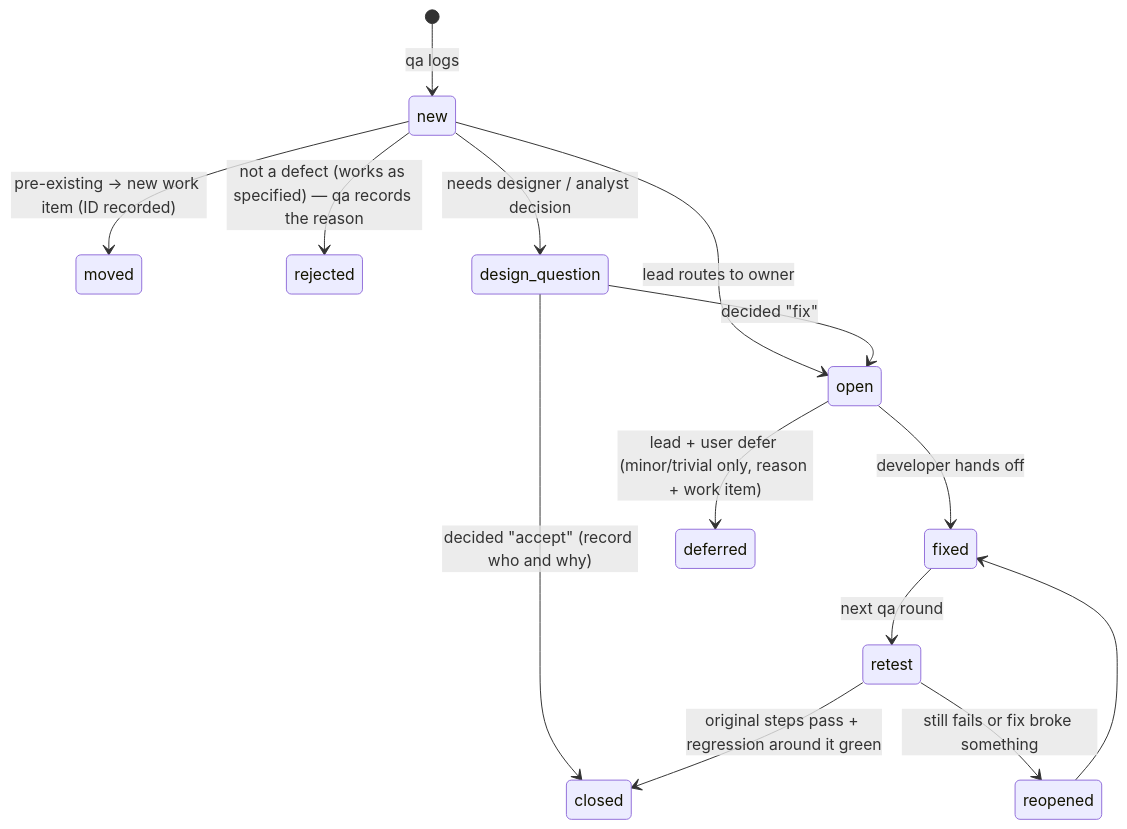
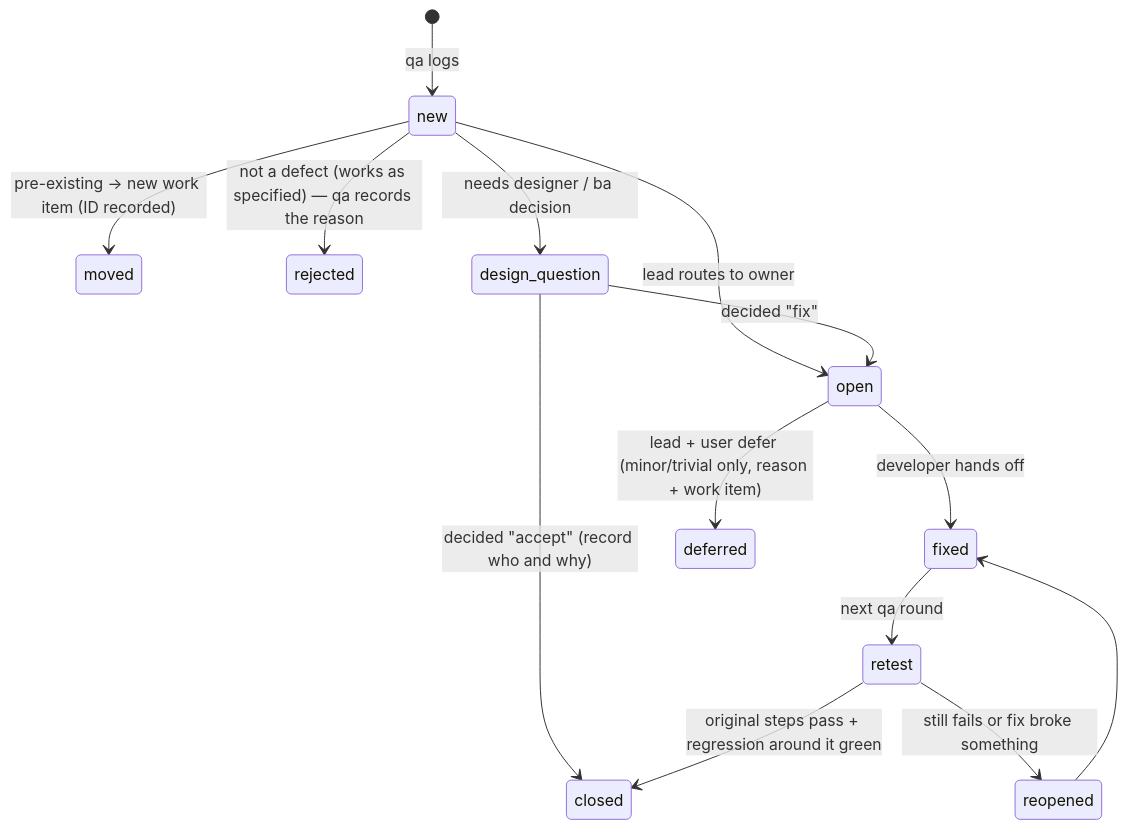
Before and after one commit to Tuan-Quyen/technical-teams: the diagram in skills/test-process/references/defects-and-reports.md, drawn with Mermaid. The commit also changed 34 other files, not shown here.

````diff
--- a/skills/test-process/references/defects-and-reports.md
+++ b/skills/test-process/references/defects-and-reports.md
@@ -54,16 +54,16 @@
 ```mermaid
 stateDiagram-v2
   [*] --> new: qa logs
   new --> open: lead routes to owner
   new --> moved: pre-existing → new work item (ID recorded)
   new --> rejected: not a defect (works as specified) — qa records the reason
-  new --> design_question: needs designer / analyst decision
+  new --> design_question: needs designer / ba decision
   design_question --> open: decided "fix"
   design_question --> closed: decided "accept" (record who and why)
   open --> fixed: developer hands off
   fixed --> retest: next qa round
   retest --> closed: original steps pass + regression around it green
   retest --> reopened: still fails or fix broke something
   reopened --> fixed
   open --> deferred: lead + user defer (minor/trivial only, reason + work item)
 ```
````
